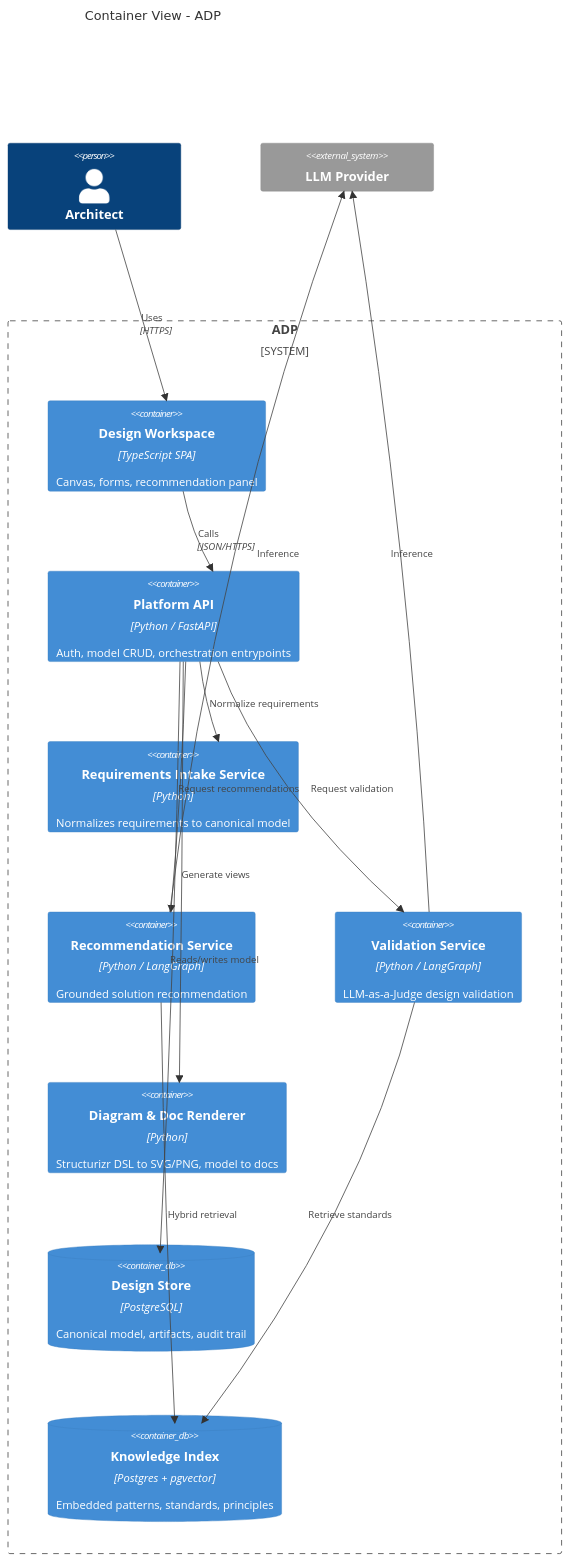
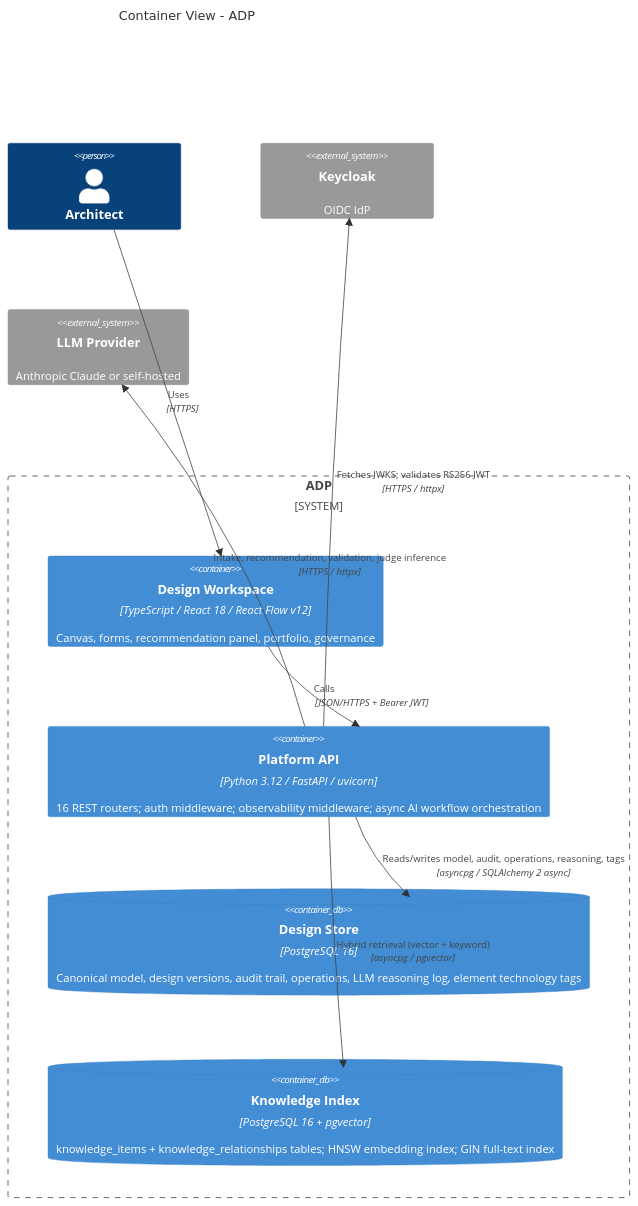
The second of 2 diagrams in docs/solution-architecture.md (CampbellConsultingGroup/ADP), drawn with Mermaid before and after one commit. The commit also changed other lines of this file and 103 other files, not shown here.

````diff
--- a/docs/solution-architecture.md
+++ b/docs/solution-architecture.md
@@ -115,27 +124,19 @@
 ```mermaid
 C4Container
   title Container View - ADP
   Person(arch, "Architect", "")
   System_Boundary(adp, "ADP") {
-    Container(web, "Design Workspace", "TypeScript SPA", "Canvas, forms, recommendation panel")
-    Container(api, "Platform API", "Python / FastAPI", "Auth, model CRUD, orchestration entrypoints")
-    Container(intake, "Requirements Intake Service", "Python", "Normalizes requirements to canonical model")
-    Container(reco, "Recommendation Service", "Python / LangGraph", "Grounded solution recommendation")
-    Container(judge, "Validation Service", "Python / LangGraph", "LLM-as-a-Judge design validation")
-    Container(render, "Diagram & Doc Renderer", "Python", "Structurizr DSL to SVG/PNG, model to docs")
-    ContainerDb(store, "Design Store", "PostgreSQL", "Canonical model, artifacts, audit trail")
-    ContainerDb(vector, "Knowledge Index", "Postgres + pgvector", "Embedded patterns, standards, principles")
+    Container(web, "Design Workspace", "TypeScript / React 18 / React Flow v12", "Canvas, forms, recommendation panel, portfolio, governance")
+    Container(api, "Platform API", "Python 3.12 / FastAPI / uvicorn", "16 REST routers; auth middleware; observability middleware; async AI workflow orchestration")
+    ContainerDb(store, "Design Store", "PostgreSQL 16", "Canonical model, design versions, audit trail, operations, LLM reasoning log, element technology tags")
+    ContainerDb(vector, "Knowledge Index", "PostgreSQL 16 + pgvector", "knowledge_items + knowledge_relationships tables; HNSW embedding index; GIN full-text index")
   }
-  System_Ext(llm, "LLM Provider", "")
+  System_Ext(keycloak, "Keycloak", "OIDC IdP")
+  System_Ext(llm, "LLM Provider", "Anthropic Claude or self-hosted")
   Rel(arch, web, "Uses", "HTTPS")
-  Rel(web, api, "Calls", "JSON/HTTPS")
-  Rel(api, intake, "Normalize requirements")
-  Rel(api, reco, "Request recommendations")
-  Rel(api, judge, "Request validation")
-  Rel(api, render, "Generate views")
-  Rel(api, store, "Reads/writes model")
-  Rel(reco, vector, "Hybrid retrieval")
-  Rel(judge, vector, "Retrieve standards")
-  Rel(reco, llm, "Inference")
-  Rel(judge, llm, "Inference")
+  Rel(web, api, "Calls", "JSON/HTTPS + Bearer JWT")
+  Rel(api, store, "Reads/writes model, audit, operations, reasoning, tags", "asyncpg / SQLAlchemy 2 async")
+  Rel(api, vector, "Hybrid retrieval (vector + keyword)", "asyncpg / pgvector")
+  Rel(api, llm, "Intake, recommendation, validation, judge inference", "HTTPS / httpx")
+  Rel(api, keycloak, "Fetches JWKS; validates RS256 JWT", "HTTPS / httpx")
 ```
````
